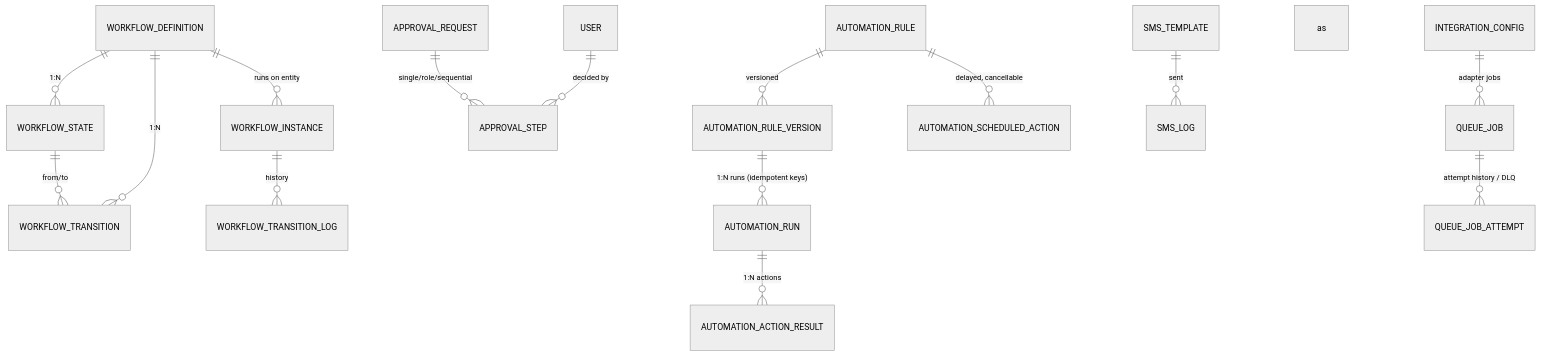
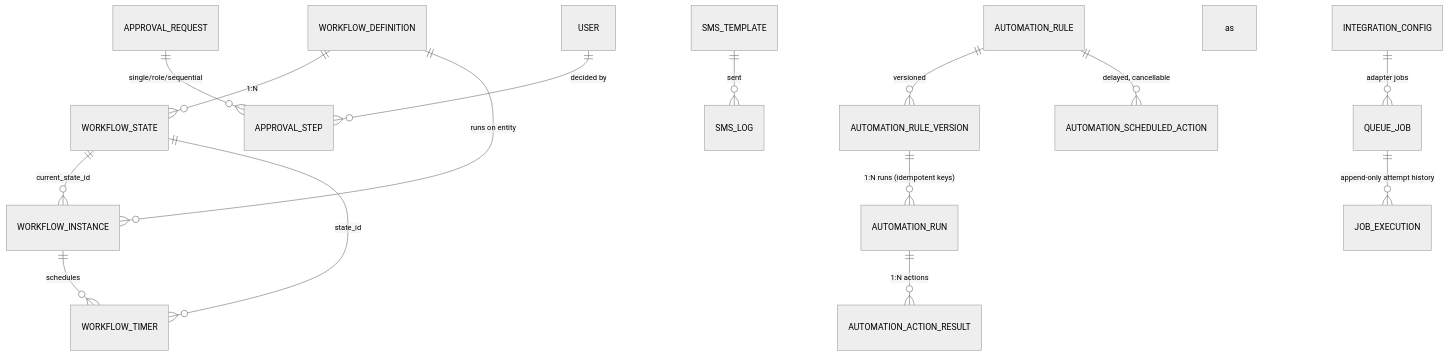
One commit to h08831n/tcerp2 changed the eighth of 8 diagrams in docs/02-erd.md. Above: the diagram before and after it, drawn with Mermaid (neutral theme). The commit also changed other lines of this file and 101 other files, not shown here.

````diff
--- a/docs/02-erd.md
+++ b/docs/02-erd.md
@@ -187,17 +287,17 @@
 ```mermaid
 erDiagram
     WORKFLOW_DEFINITION ||--o{ WORKFLOW_STATE : "1:N"
-    WORKFLOW_DEFINITION ||--o{ WORKFLOW_TRANSITION : "1:N"
-    WORKFLOW_STATE ||--o{ WORKFLOW_TRANSITION : "from/to"
     WORKFLOW_DEFINITION ||--o{ WORKFLOW_INSTANCE : "runs on entity"
-    WORKFLOW_INSTANCE ||--o{ WORKFLOW_TRANSITION_LOG : "history"
+    WORKFLOW_STATE ||--o{ WORKFLOW_INSTANCE : "current_state_id"
+    WORKFLOW_INSTANCE ||--o{ WORKFLOW_TIMER : "schedules"
+    WORKFLOW_STATE ||--o{ WORKFLOW_TIMER : "state_id"
     APPROVAL_REQUEST ||--o{ APPROVAL_STEP : "single/role/sequential"
     USER ||--o{ APPROVAL_STEP : "decided by"
     AUTOMATION_RULE ||--o{ AUTOMATION_RULE_VERSION : "versioned"
     AUTOMATION_RULE_VERSION ||--o{ AUTOMATION_RUN : "1:N runs (idempotent keys)"
     AUTOMATION_RUN ||--o{ AUTOMATION_ACTION_RESULT : "1:N actions"
     AUTOMATION_RULE ||--o{ AUTOMATION_SCHEDULED_ACTION : "delayed, cancellable"
     SMS_TEMPLATE ||--o{ SMS_LOG : sent as
     INTEGRATION_CONFIG ||--o{ QUEUE_JOB : "adapter jobs"
-    QUEUE_JOB ||--o{ QUEUE_JOB_ATTEMPT : "attempt history / DLQ"
+    QUEUE_JOB ||--o{ JOB_EXECUTION : "append-only attempt history"
 ```
````
